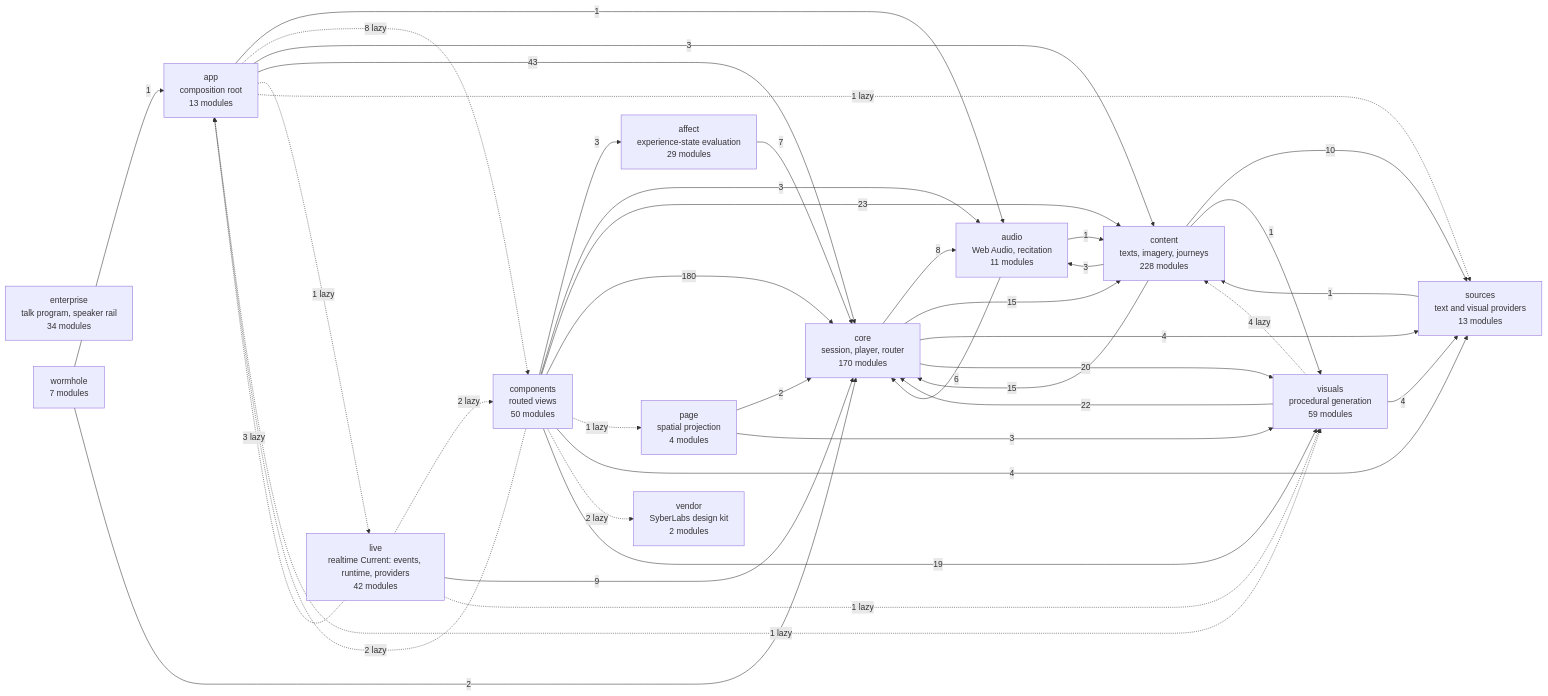
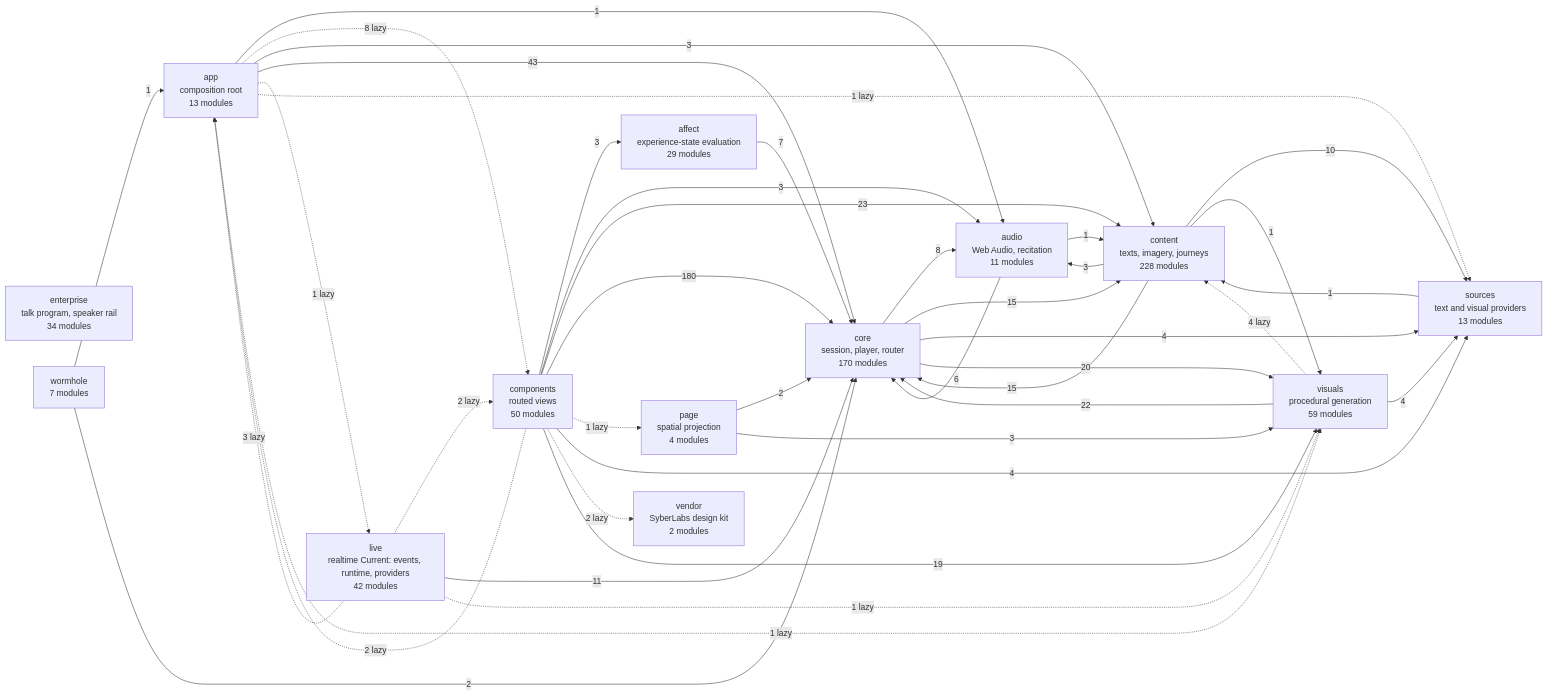
One commit to SyberLabs/RISE changed the diagram in docs/specs/ARCHITECTURE.md. Above: the diagram before and after it, drawn with Mermaid. The commit also changed 7 other files, not shown here.

````diff
--- a/docs/specs/ARCHITECTURE.md
+++ b/docs/specs/ARCHITECTURE.md
@@ -154,56 +154,56 @@
 ```mermaid
 flowchart LR
     affect["affect<br/>experience-state evaluation<br/>29 modules"]
     app["app<br/>composition root<br/>13 modules"]
     audio["audio<br/>Web Audio, recitation<br/>11 modules"]
     components["components<br/>routed views<br/>50 modules"]
     content["content<br/>texts, imagery, journeys<br/>228 modules"]
     core["core<br/>session, player, router<br/>170 modules"]
     enterprise["enterprise<br/>talk program, speaker rail<br/>34 modules"]
     live["live<br/>realtime Current: events, runtime, providers<br/>42 modules"]
     page["page<br/>spatial projection<br/>4 modules"]
     sources["sources<br/>text and visual providers<br/>13 modules"]
     vendor["vendor<br/>SyberLabs design kit<br/>2 modules"]
     visuals["visuals<br/>procedural generation<br/>59 modules"]
     wormhole["wormhole<br/>7 modules"]
 
     affect --> |7| core
     app --> |1| audio
     app -.-> |8 lazy| components
     app --> |3| content
     app --> |43| core
     app -.-> |1 lazy| live
     app -.-> |1 lazy| sources
     app -.-> |1 lazy| visuals
     audio --> |1| content
     audio --> |6| core
     components --> |3| affect
     components -.-> |2 lazy| app
     components --> |3| audio
     components --> |23| content
     components --> |180| core
     components -.-> |1 lazy| page
     components --> |4| sources
     components -.-> |2 lazy| vendor
     components --> |19| visuals
     content --> |3| audio
     content --> |15| core
     content --> |10| sources
     content --> |1| visuals
     core --> |8| audio
     core --> |15| content
     core --> |4| sources
     core --> |20| visuals
     live -.-> |3 lazy| app
     live -.-> |2 lazy| components
-    live --> |9| core
+    live --> |11| core
     live -.-> |1 lazy| visuals
     page --> |2| core
     page --> |3| visuals
     sources --> |1| content
     visuals -.-> |4 lazy| content
     visuals --> |22| core
     visuals --> |4| sources
     wormhole --> |1| app
     wormhole --> |2| core
 ```
````
